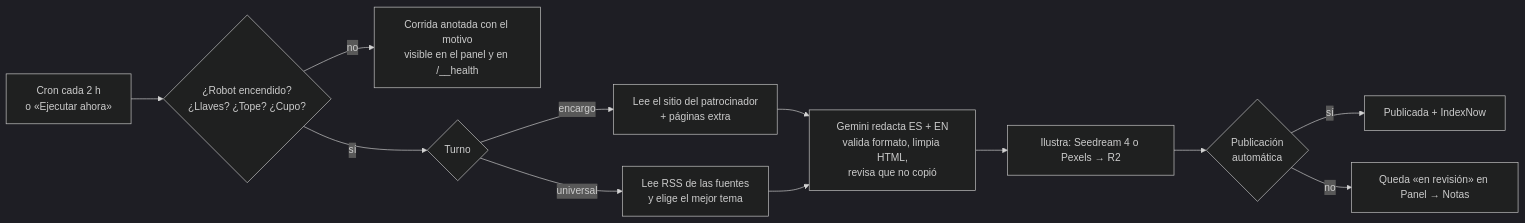
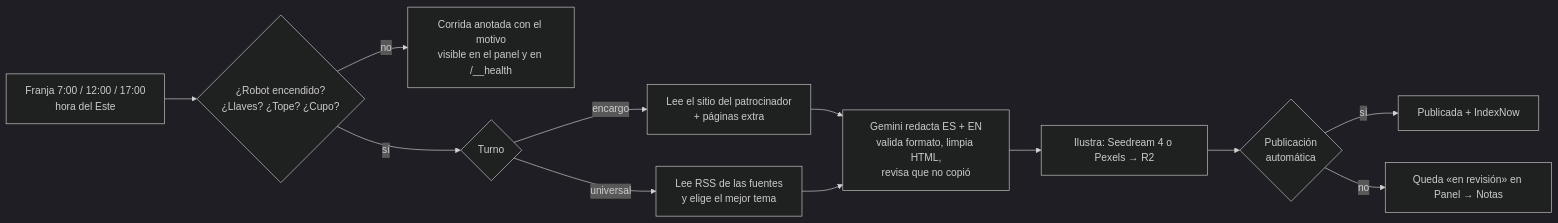
Before and after one commit to winandway/losupe: the diagram in docs/robot-y-encargos.md, drawn with Mermaid (dark theme). The commit also changed other lines of this file and 1 other file, not shown here.

Commit message:
docs: el horario de publicacion en el plan editorial y en la guia del robot

````diff
--- a/docs/robot-y-encargos.md
+++ b/docs/robot-y-encargos.md
@@ -19,14 +19,14 @@
 ```mermaid
 flowchart LR
-  A[Cron cada 2 h<br/>o «Ejecutar ahora»] --> B{¿Robot encendido?<br/>¿Llaves? ¿Tope? ¿Cupo?}
+  A[Franja 7:00 / 12:00 / 17:00<br/>hora del Este] --> B{¿Robot encendido?<br/>¿Llaves? ¿Tope? ¿Cupo?}
   B -- no --> X[Corrida anotada con el motivo<br/>visible en el panel y en /__health]
   B -- sí --> C{Turno}
   C -- encargo --> D[Lee el sitio del patrocinador<br/>+ páginas extra]
   C -- universal --> E[Lee RSS de las fuentes<br/>y elige el mejor tema]
   D --> F[Gemini redacta ES + EN<br/>valida formato, limpia HTML,<br/>revisa que no copió]
   E --> F
   F --> G[Ilustra: Seedream 4 o Pexels → R2]
   G --> H{Publicación<br/>automática}
   H -- sí --> I[Publicada + IndexNow]
   H -- no --> J[Queda «en revisión» en Panel → Notas]
 ```
````
